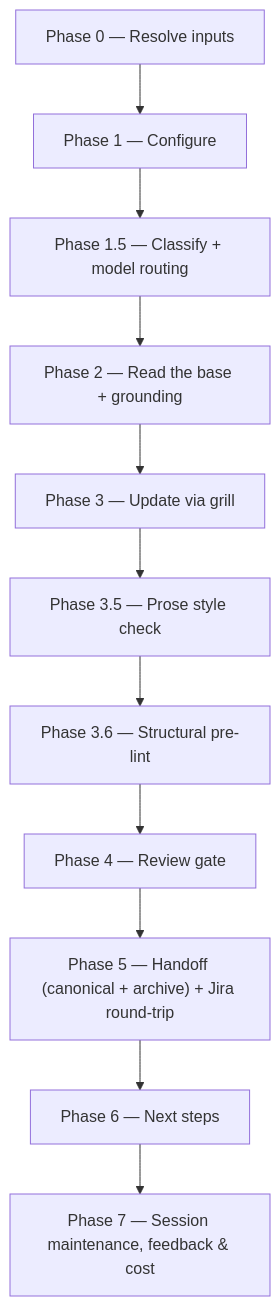
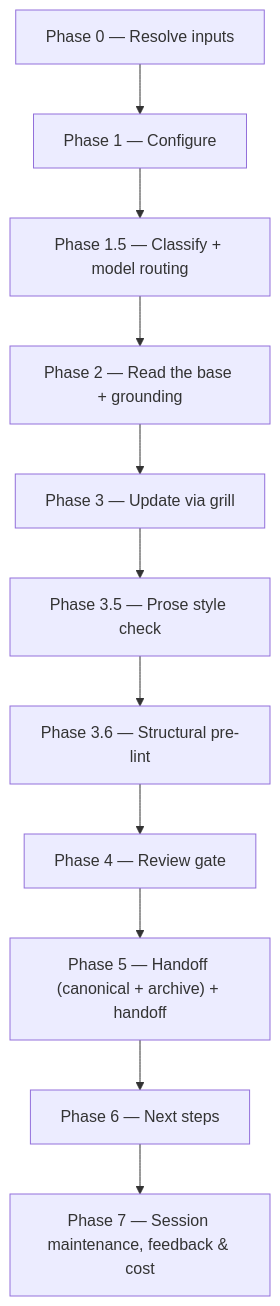
One commit to ihudak/ihudak-claude-plugins changed the diagram in plugins/dev-workflows/docs/commands/update-prd.md. Above: the diagram before and after it, drawn with Mermaid. The commit also changed other lines of this file and 82 other files, not shown here.

````diff
--- a/plugins/dev-workflows/docs/commands/update-prd.md
+++ b/plugins/dev-workflows/docs/commands/update-prd.md
@@ -21,13 +21,13 @@
 ```mermaid
 flowchart TD
     p0["Phase 0 — Resolve inputs"] --> p1["Phase 1 — Configure"]
     p1 --> p15["Phase 1.5 — Classify + model routing"]
     p15 --> p2["Phase 2 — Read the base + grounding"]
     p2 --> p3["Phase 3 — Update via grill"]
     p3 --> p35["Phase 3.5 — Prose style check"]
     p35 --> p36["Phase 3.6 — Structural pre-lint"]
     p36 --> p4["Phase 4 — Review gate"]
-    p4 --> p5["Phase 5 — Handoff (canonical + archive) + Jira round-trip"]
+    p4 --> p5["Phase 5 — Handoff (canonical + archive) + handoff"]
     p5 --> p6["Phase 6 — Next steps"]
     p6 --> p7["Phase 7 — Session maintenance, feedback & cost"]
 ```
````
